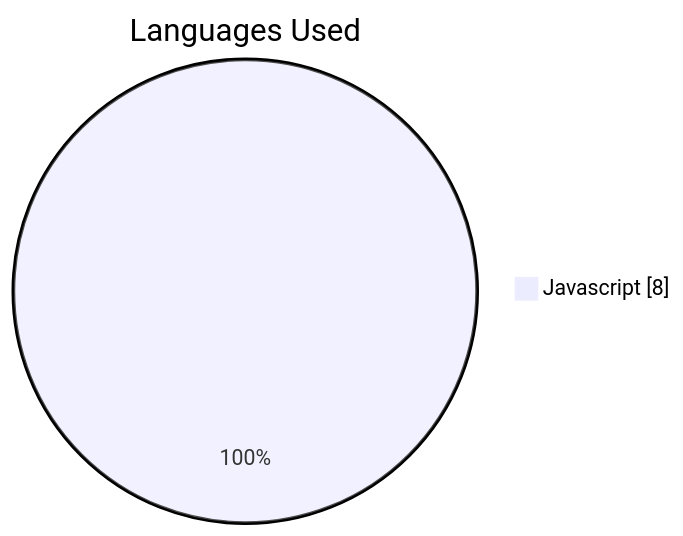
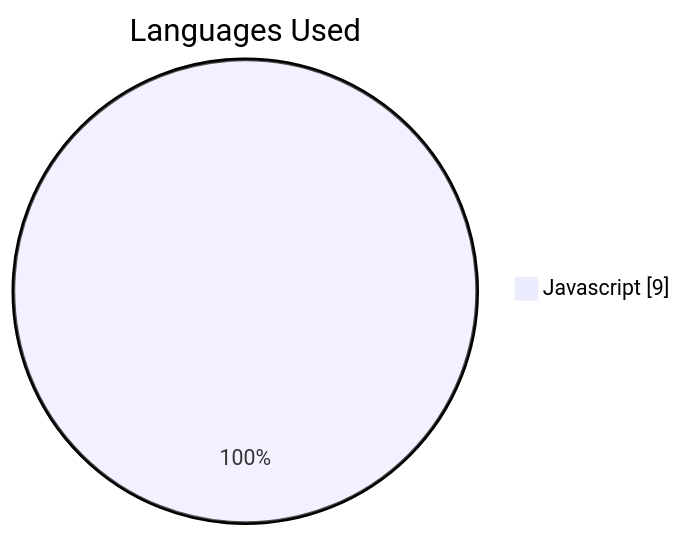
Before and after one commit to JakubPawinski/gitcode-solutions: the second of 6 diagrams in README.md, drawn with Mermaid. The commit also changed other lines of this file, not shown here.

````diff
--- a/README.md
+++ b/README.md
@@ -124,5 +124,5 @@
 ```mermaid
 pie showData
     title Languages Used
-    "Javascript" : 8
+    "Javascript" : 9
 ```
````
